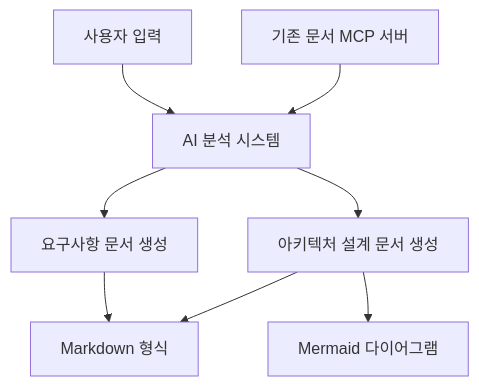
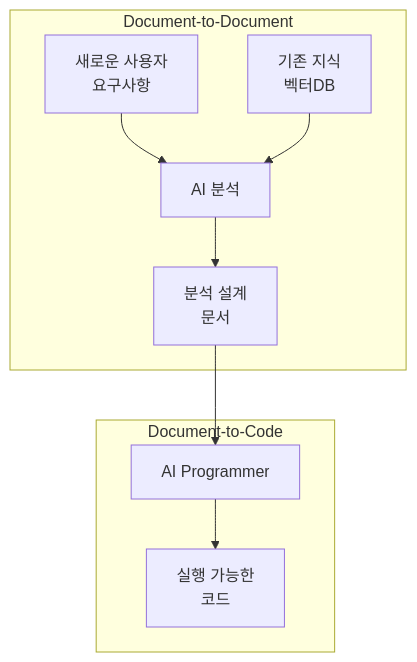
The diagram in README.md (jaehwang/agentic_dev), drawn with Mermaid before and after one commit. The commit also changed other lines of this file and 2 other files, not shown here.

````diff
--- a/README.md
+++ b/README.md
@@ -39,10 +15,21 @@
 ```mermaid
-flowchart TD
-    A[사용자 입력] --> B[AI 분석 시스템]
-    C[기존 문서 MCP 서버] --> B
-    B --> D[요구사항 문서 생성]
-    B --> E[아키텍처 설계 문서 생성]
-    D --> F[Markdown 형식]
-    E --> F
-    E --> G[Mermaid 다이어그램]
+graph TD
+    A[새로운 사용자<br/>요구사항] --> C[AI 분석]
+    B[기존 지식<br/>벡터DB] --> C
+    C --> D[분석 설계<br/>문서]
+    D --> E[AI Programmer]
+    E --> F[실행 가능한<br/>코드]
+    
+    subgraph "Document-to-Document"
+        A
+        B
+        C
+        D
+    end
+    
+    subgraph "Document-to-Code"
+        D
+        E
+        F
+    end
 ```
````
